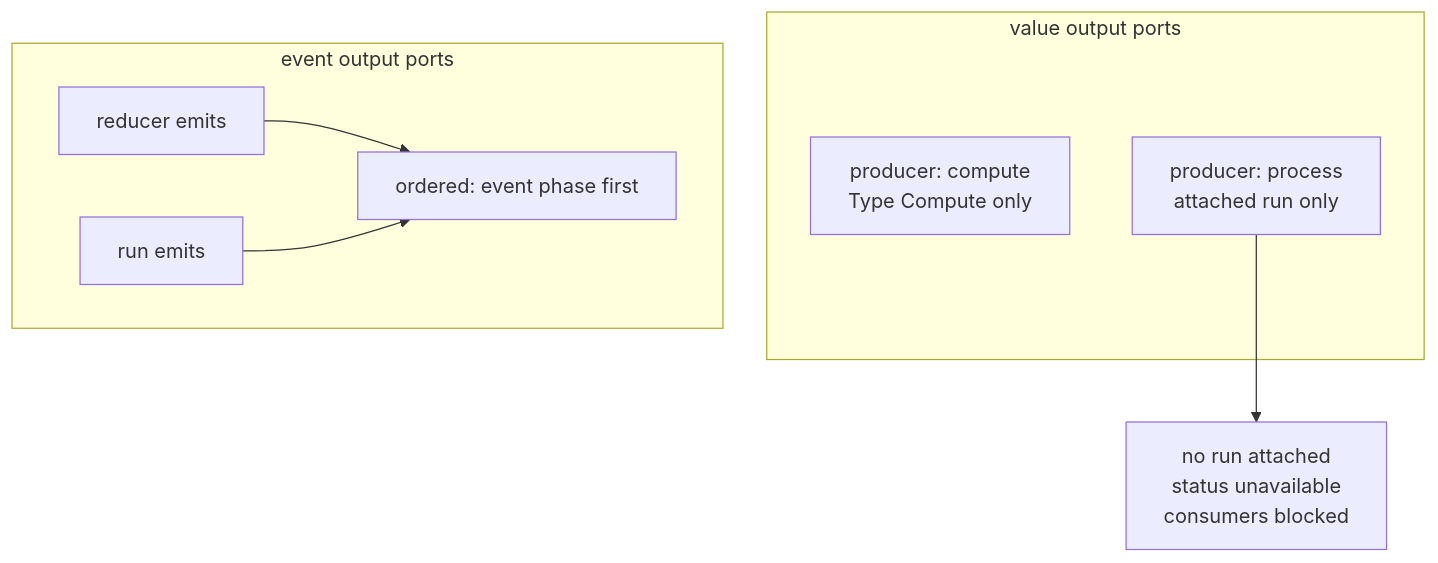
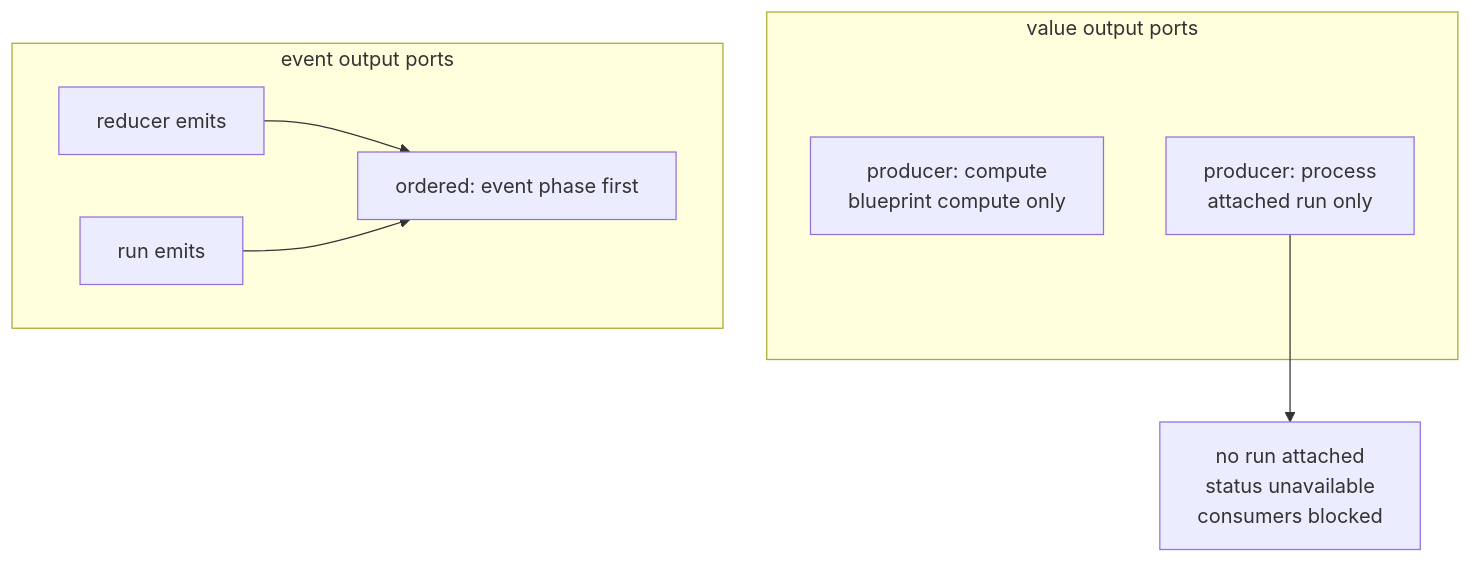
One commit to blockieslabs/docs changed diagram 18 of 29 in architecture/decision-diagrams.md. Above: the diagram before and after it, drawn with Mermaid. The commit also changed other lines of this file and 20 other files, not shown here.

First line of the commit message:
docs: rename the vocabulary to Blueprint, value type, appearance, Blockie state

````diff
--- a/architecture/decision-diagrams.md
+++ b/architecture/decision-diagrams.md
@@ -346,14 +346,14 @@
 ```mermaid
 flowchart TB
     subgraph V["value output ports"]
-        V1["producer: compute<br/>Type Compute only"]
+        V1["producer: compute<br/>blueprint compute only"]
         V2["producer: process<br/>attached run only"]
     end
     V2 --> U["no run attached<br/>status unavailable<br/>consumers blocked"]
     subgraph EV["event output ports"]
         E1["reducer emits"]
         E2["run emits"]
         E1 --> O["ordered: event phase first"]
         E2 --> O
     end
 ```
````
